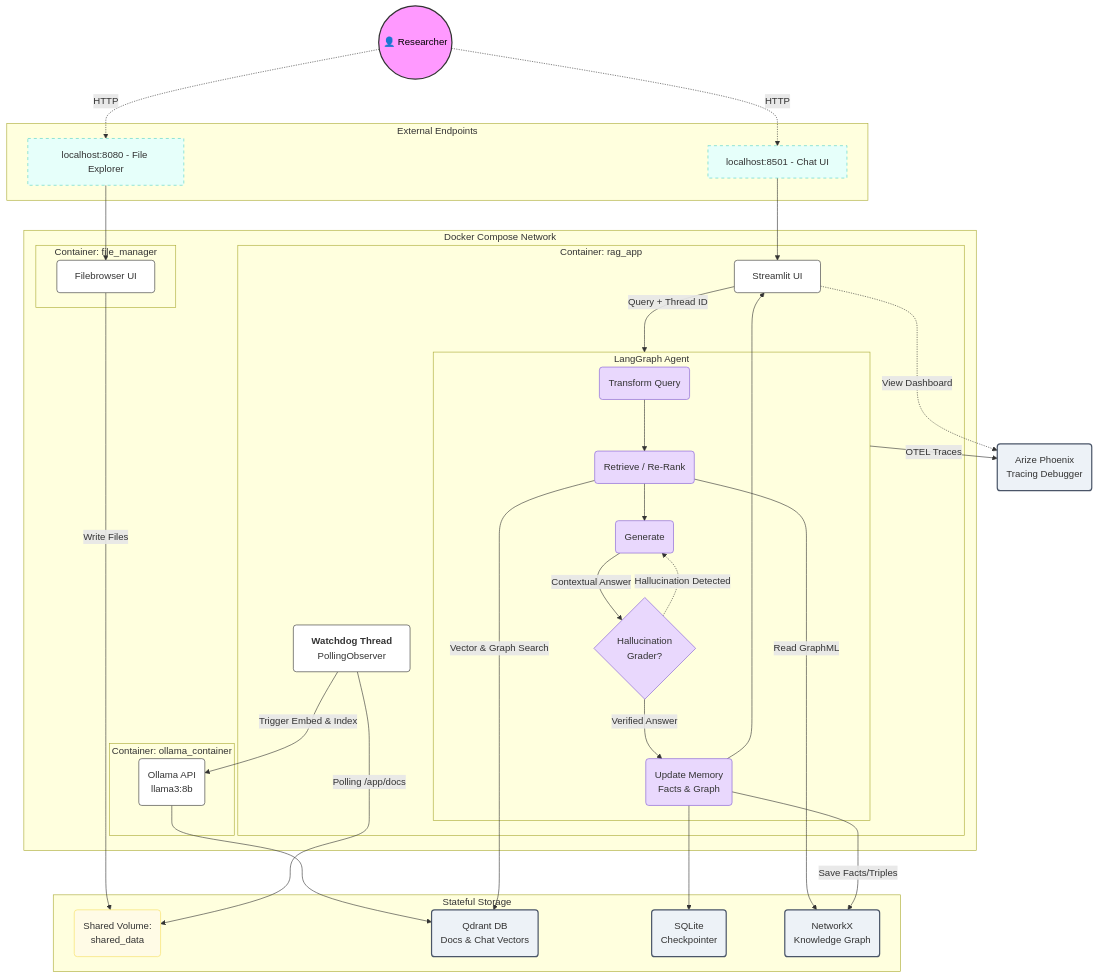
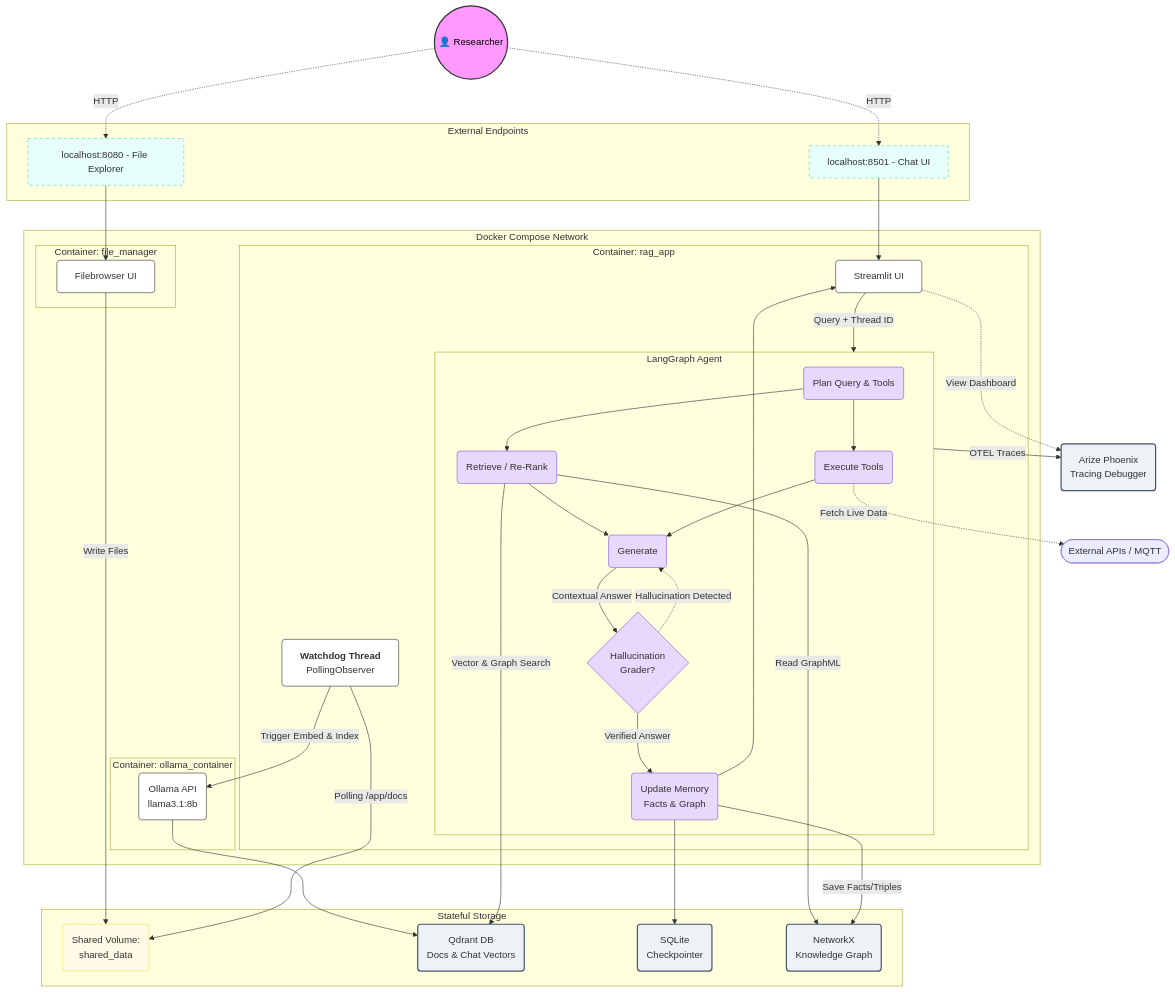
The diagram in README.md (Aeryes/LocalRAG), drawn with Mermaid before and after one commit. The commit also changed other lines of this file and 13 other files, not shown here.

```diff
--- a/README.md
+++ b/README.md
@@ -45,8 +45,9 @@
         WDog[<b>Watchdog Thread</b><br/>PollingObserver]:::container_node
         
         subgraph InternalGraph [LangGraph Agent]
-            QueryNode(Transform Query):::internal_agent
+            QueryNode(Plan Query & Tools):::internal_agent
             RetNode(Retrieve / Re-Rank):::internal_agent
+            ToolNode(Execute Tools):::internal_agent
             GenNode(Generate):::internal_agent
             GradeNode{Hallucination<br/>Grader?}:::internal_agent
             MemNode(Update Memory<br/>Facts & Graph):::internal_agent
@@ -54,7 +55,7 @@
     end
 
     subgraph ContainerOllama [Container: ollama_container]
-        Llama(Ollama API<br/>llama3:8b):::container_node
+        Llama(Ollama API<br/>llama3.1:8b):::container_node
     end
 end
 
@@ -84,9 +85,12 @@
 %% Retrieval & Agent Flow
 ST_UI -->|Query + Thread ID| InternalGraph
 QueryNode --> RetNode
+QueryNode --> ToolNode
 RetNode -->|Vector & Graph Search| Qd
 RetNode -->|Read GraphML| KG
+ToolNode -.->|Fetch Live Data| LiveAPIs([External APIs / MQTT])
 RetNode --> GenNode
+ToolNode --> GenNode
 GenNode -->|Contextual Answer| GradeNode
 GradeNode -.->|Hallucination Detected| GenNode
 GradeNode -->|Verified Answer| MemNode
```
